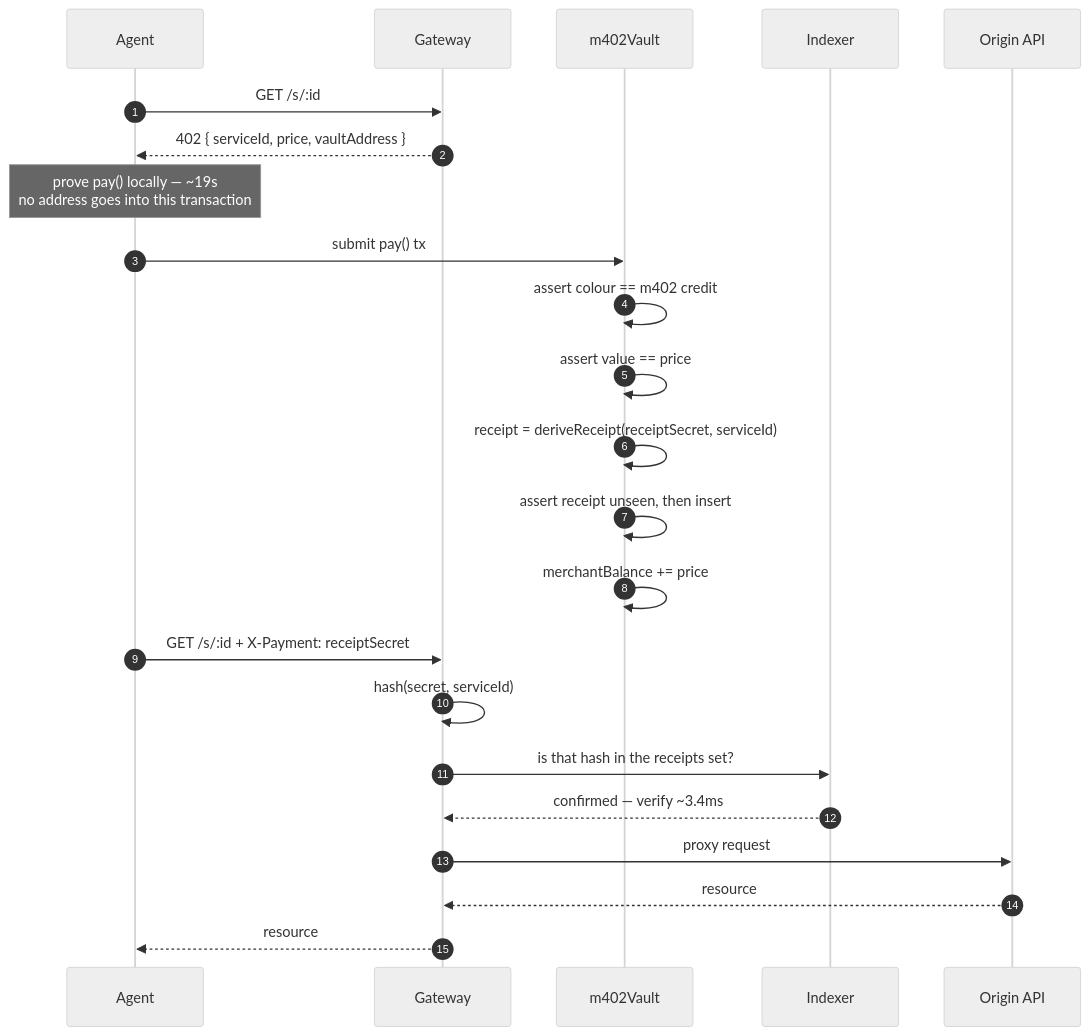
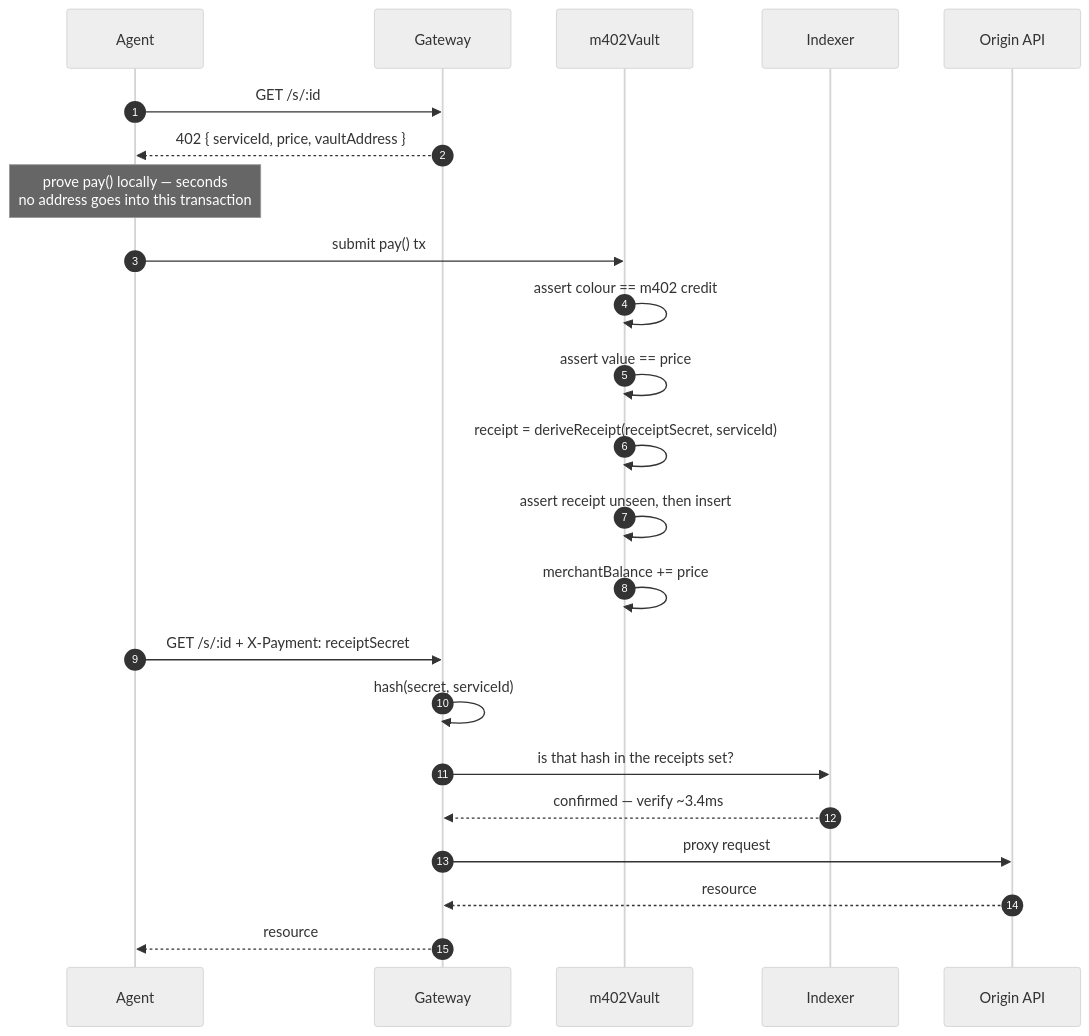
One commit to julianariel/m402 changed the fourth of 9 diagrams in docs/architecture/payment-flow.md. Above: the diagram before and after it, drawn with Mermaid (neutral theme). The commit also changed other lines of this file and 3 other files, not shown here.

````diff
--- a/docs/architecture/payment-flow.md
+++ b/docs/architecture/payment-flow.md
@@ -88,28 +88,28 @@
 ```mermaid
 sequenceDiagram
     autonumber
     participant A as Agent
     participant G as Gateway
     participant V as m402Vault
     participant I as Indexer
     participant O as Origin API
 
     A->>G: GET /s/:id
     G-->>A: 402 { serviceId, price, vaultAddress }
 
-    Note over A: prove pay() locally — ~19s<br/>no address goes into this transaction
+    Note over A: prove pay() locally — seconds<br/>no address goes into this transaction
     A->>V: submit pay() tx
     V->>V: assert colour == m402 credit
     V->>V: assert value == price
     V->>V: receipt = deriveReceipt(receiptSecret, serviceId)
     V->>V: assert receipt unseen, then insert
     V->>V: merchantBalance += price
 
     A->>G: GET /s/:id + X-Payment: receiptSecret
     G->>G: hash(secret, serviceId)
     G->>I: is that hash in the receipts set?
     I-->>G: confirmed — verify ~3.4ms
     G->>O: proxy request
     O-->>G: resource
     G-->>A: resource
 ```
````
